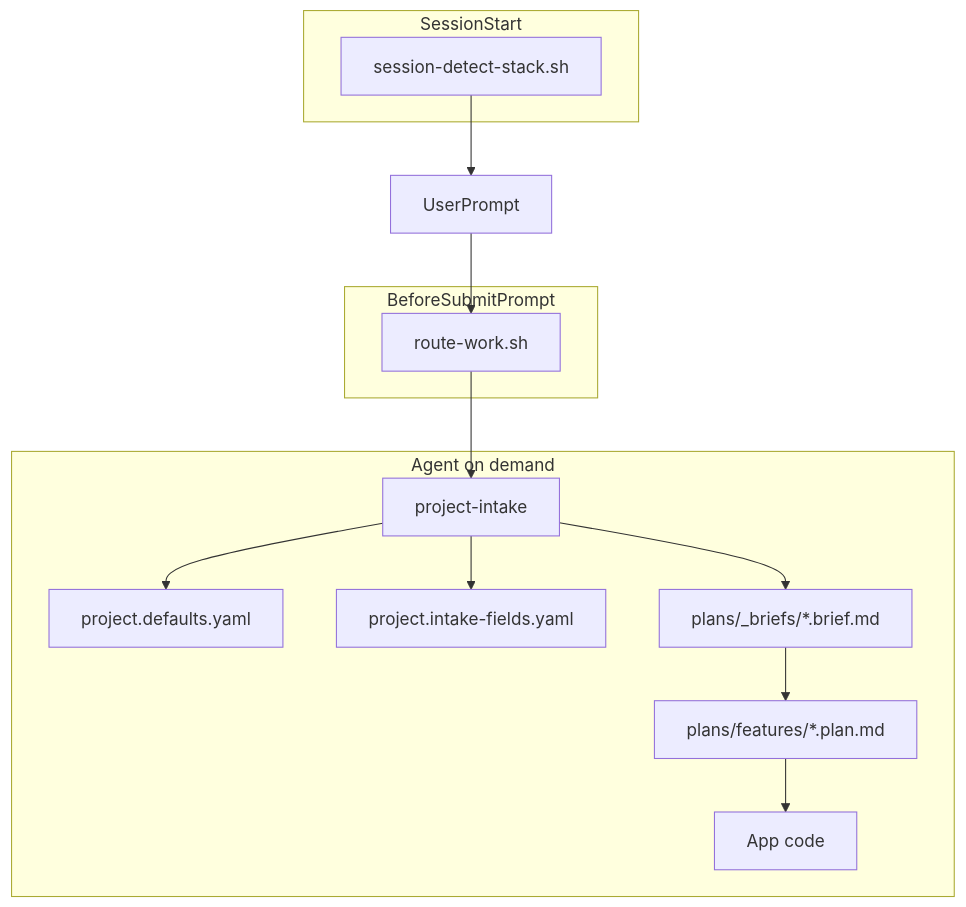
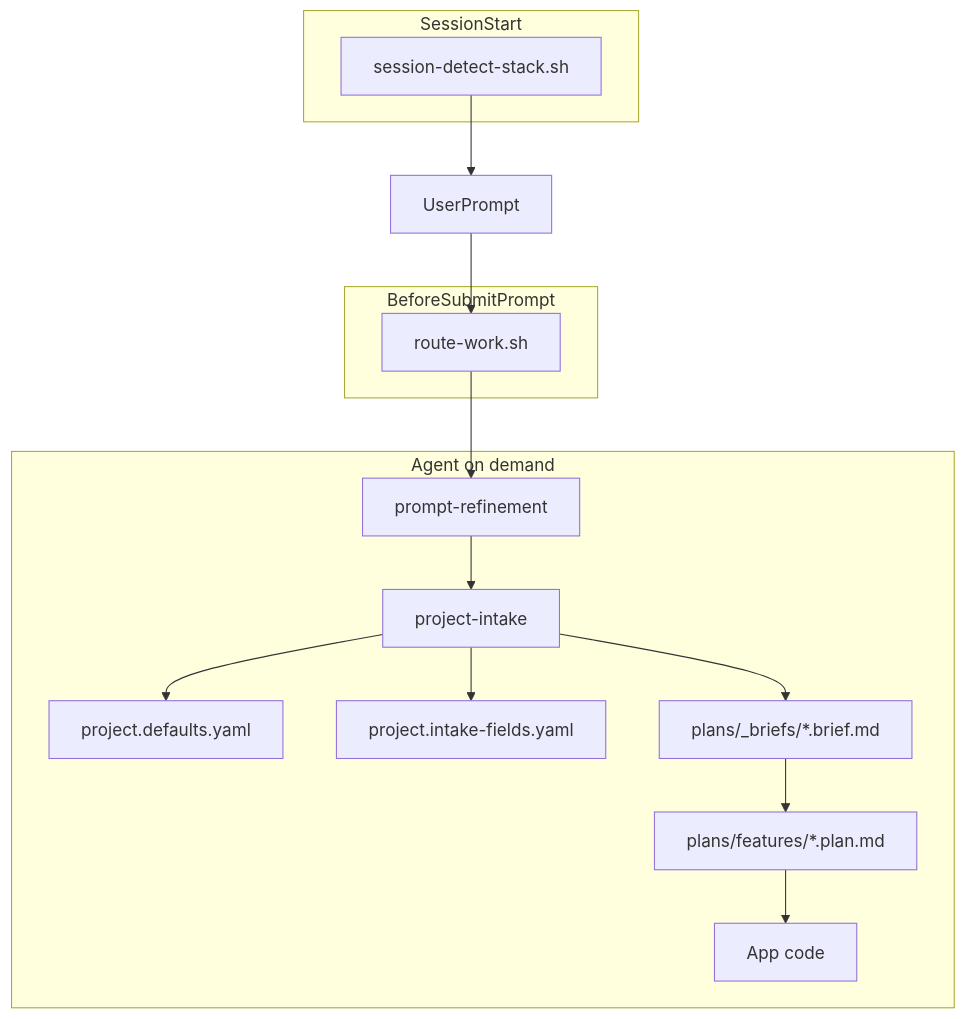
One commit to etuncay/cursor-agent-kit changed the diagram in README.md. Above: the diagram before and after it, drawn with Mermaid. The commit also changed other lines of this file and 1 other file, not shown here.

First line of the commit message:
Update README files to reflect prompt refinement enhancements

````diff
--- a/README.md
+++ b/README.md
@@ -29,25 +30,27 @@
 ```mermaid
 flowchart TD
   subgraph session [SessionStart]
     SS[session-detect-stack.sh]
   end
   subgraph prompt [BeforeSubmitPrompt]
     RW[route-work.sh]
   end
   subgraph agent [Agent on demand]
     CFG[project.defaults.yaml]
     FLD[project.intake-fields.yaml]
+    REF[prompt-refinement]
     INT[project-intake]
     BRIEF[plans/_briefs/*.brief.md]
     PLAN[plans/features/*.plan.md]
     CODE[App code]
   end
   UserPrompt --> RW
   SS --> UserPrompt
-  RW --> INT
+  RW --> REF
+  REF --> INT
   INT --> CFG
   INT --> FLD
   INT --> BRIEF
   BRIEF --> PLAN
   PLAN --> CODE
 ```
````
